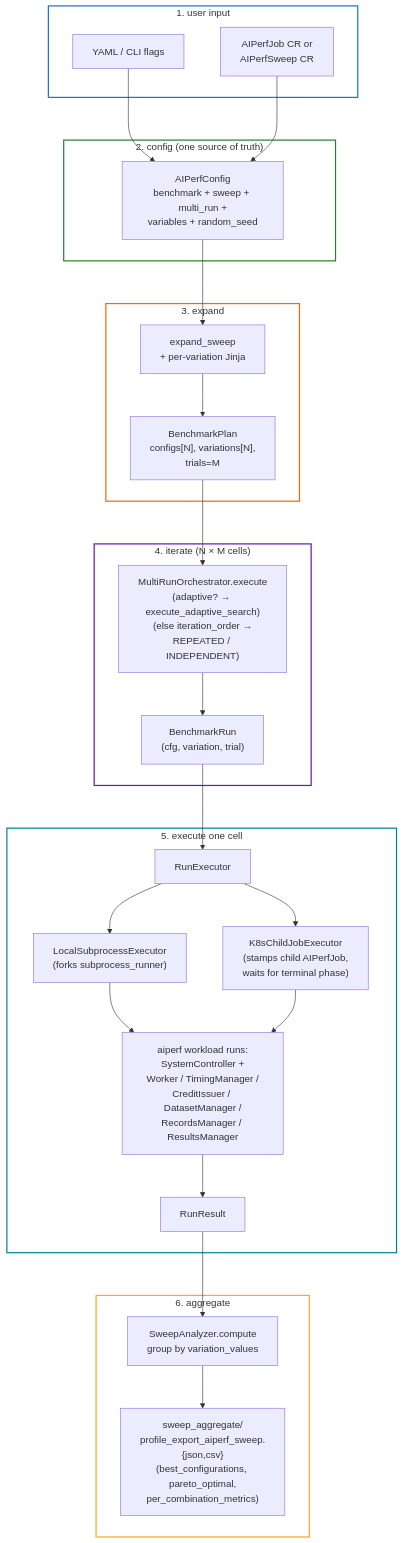
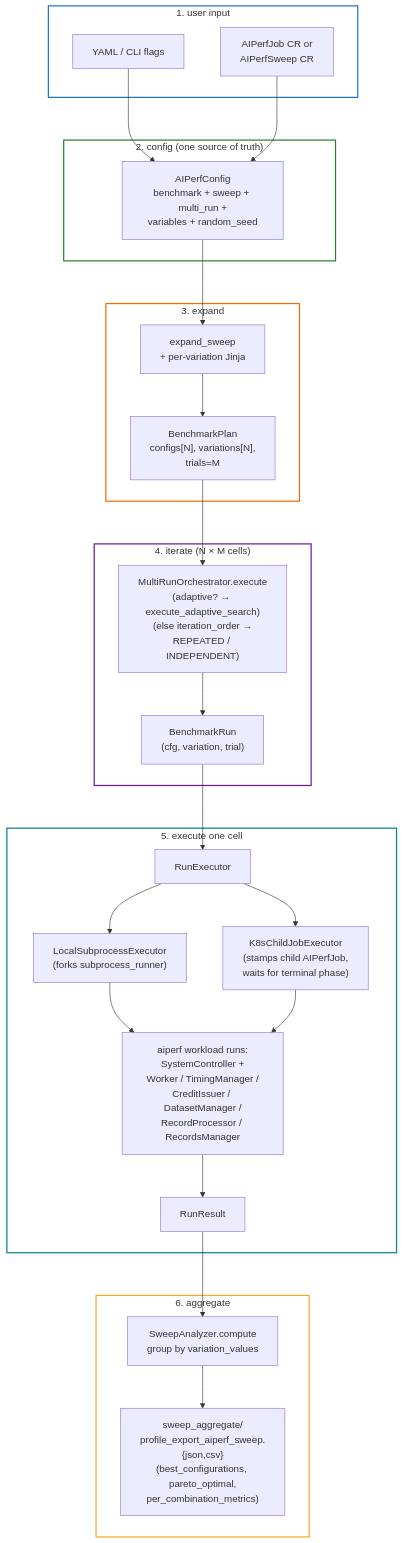
Before and after one commit to ai-dynamo/aiperf: the first of 6 diagrams in docs/dev/sweep-architecture-overview.md, drawn with Mermaid. The commit also changed other lines of this file and 1 other file, not shown here.

First line of the commit message:
docs(sweep): regenerate ABC diagrams and correct planner/config/plugin facts

````diff
--- a/docs/dev/sweep-architecture-overview.md
+++ b/docs/dev/sweep-architecture-overview.md
@@ -48,52 +48,52 @@
 ```mermaid
 %%{init: {'flowchart': {'nodeSpacing': 60, 'rankSpacing': 70, 'padding': 16, 'htmlLabels': true, 'curve': 'basis'}, 'themeVariables': {'fontSize': '16px'}}}%%
 flowchart TD
     subgraph INPUT["1. user input"]
         yaml["YAML / CLI flags"]
         cr["AIPerfJob CR or<br/>AIPerfSweep CR"]
     end
 
     subgraph CFG["2. config (one source of truth)"]
         ac["AIPerfConfig<br/>benchmark + sweep + multi_run +<br/>variables + random_seed"]
     end
 
     subgraph PLAN["3. expand"]
         es["expand_sweep<br/>+ per-variation Jinja"]
         bp["BenchmarkPlan<br/>configs[N], variations[N],<br/>trials=M"]
     end
 
     subgraph ORCH["4. iterate (N × M cells)"]
         mo["MultiRunOrchestrator.execute<br/>(adaptive? → execute_adaptive_search)<br/>(else iteration_order →<br/>REPEATED / INDEPENDENT)"]
         br["BenchmarkRun<br/>(cfg, variation, trial)"]
     end
 
     subgraph EXEC["5. execute one cell"]
         re["RunExecutor"]
         loc["LocalSubprocessExecutor<br/>(forks subprocess_runner)"]
         k8s["K8sChildJobExecutor<br/>(stamps child AIPerfJob,<br/>waits for terminal phase)"]
-        run["aiperf workload runs:<br/>SystemController +<br/>Worker / TimingManager /<br/>CreditIssuer / DatasetManager /<br/>RecordsManager / ResultsManager"]
+        run["aiperf workload runs:<br/>SystemController +<br/>Worker / TimingManager /<br/>CreditIssuer / DatasetManager /<br/>RecordProcessor / RecordsManager"]
         rr["RunResult"]
     end
 
     subgraph AGG["6. aggregate"]
         sa["SweepAnalyzer.compute<br/>group by variation_values"]
         out["sweep_aggregate/<br/>profile_export_aiperf_sweep.{json,csv}<br/>(best_configurations, pareto_optimal,<br/>per_combination_metrics)"]
     end
 
     yaml --> ac
     cr --> ac
     ac --> es --> bp --> mo --> br --> re
     re --> loc
     re --> k8s
     loc --> run
     k8s --> run
     run --> rr
     rr --> sa --> out
 
     style INPUT fill:transparent,stroke:#1976d2,stroke-width:2px
     style CFG fill:transparent,stroke:#2e7d32,stroke-width:2px
     style PLAN fill:transparent,stroke:#ef6c00,stroke-width:2px
     style ORCH fill:transparent,stroke:#6a1b9a,stroke-width:2px
     style EXEC fill:transparent,stroke:#00838f,stroke-width:2px
     style AGG fill:transparent,stroke:#f9a825,stroke-width:2px
 ```
````
